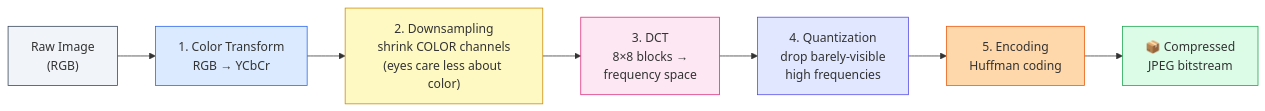
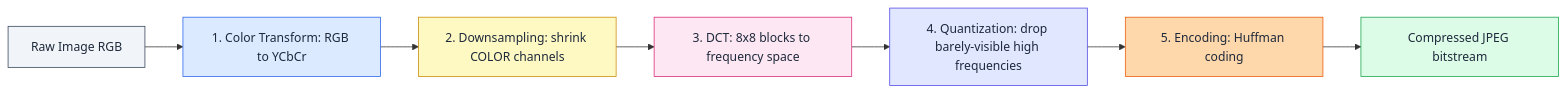
The seventh of 10 diagrams in CV-NLP/Lec_01_Introduction/README.md (rpaut03l/TS-02-03), drawn with Mermaid before and after one commit. The commit also changed other lines of this file and 4 other files, not shown here.

Commit message:
Fix ASCII diagram width (max 63 chars, no more wrapping) and Mermaid dark-mode contrast

````diff
--- a/CV-NLP/Lec_01_Introduction/README.md
+++ b/CV-NLP/Lec_01_Introduction/README.md
@@ -103,17 +124,17 @@
 ```mermaid
 flowchart LR
-    A["Raw Image<br/>(RGB)"] --> B["1. Color Transform<br/>RGB → YCbCr"]
-    B --> C["2. Downsampling<br/>shrink COLOR channels<br/>(eyes care less about color)"]
-    C --> D["3. DCT<br/>8×8 blocks →<br/>frequency space"]
-    D --> E["4. Quantization<br/>drop barely-visible<br/>high frequencies"]
-    E --> F["5. Encoding<br/>Huffman coding"]
-    F --> G["📦 Compressed<br/>JPEG bitstream"]
+    A[Raw Image RGB] --> B[1. Color Transform: RGB to YCbCr]
+    B --> C[2. Downsampling: shrink COLOR channels]
+    C --> D[3. DCT: 8x8 blocks to frequency space]
+    D --> E[4. Quantization: drop barely-visible high frequencies]
+    E --> F[5. Encoding: Huffman coding]
+    F --> G[Compressed JPEG bitstream]
 
-    style A fill:#f1f5f9,stroke:#334155
-    style B fill:#dbeafe,stroke:#2563eb
-    style C fill:#fef9c3,stroke:#ca8a04
-    style D fill:#fce7f3,stroke:#db2777
-    style E fill:#e0e7ff,stroke:#4f46e5
-    style F fill:#fed7aa,stroke:#ea580c
-    style G fill:#dcfce7,stroke:#16a34a
+    style A fill:#f1f5f9,stroke:#334155,color:#1e293b
+    style B fill:#dbeafe,stroke:#2563eb,color:#1e293b
+    style C fill:#fef9c3,stroke:#ca8a04,color:#1e293b
+    style D fill:#fce7f3,stroke:#db2777,color:#1e293b
+    style E fill:#e0e7ff,stroke:#4f46e5,color:#1e293b
+    style F fill:#fed7aa,stroke:#ea580c,color:#1e293b
+    style G fill:#dcfce7,stroke:#16a34a,color:#1e293b
 ```
````
